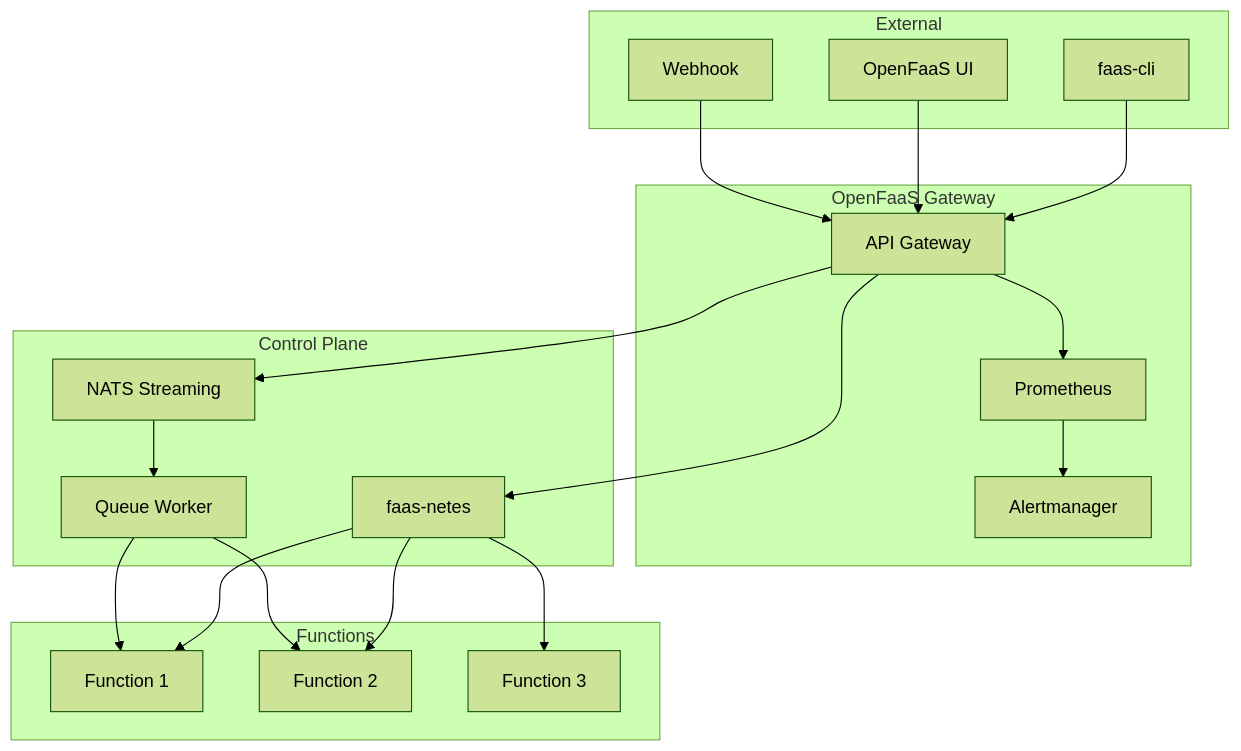
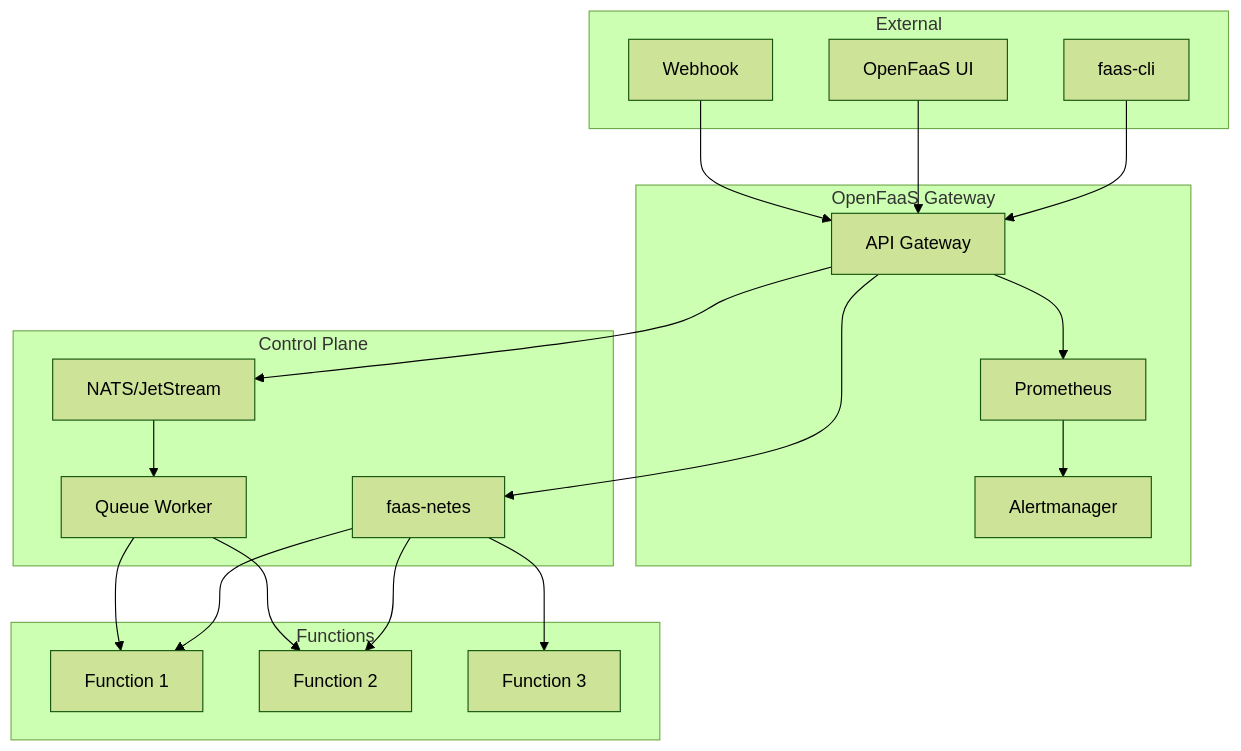
Before and after one commit to OneUptime/blog: the diagram in posts/2026-01-17-helm-openfaas-serverless-deployment/README.md, drawn with Mermaid (forest theme). The commit also changed other lines of this file and 2 other files, not shown here.

````diff
--- a/posts/2026-01-17-helm-openfaas-serverless-deployment/README.md
+++ b/posts/2026-01-17-helm-openfaas-serverless-deployment/README.md
@@ -13,44 +13,44 @@
 ```mermaid
 flowchart TB
   subgraph "OpenFaaS Gateway"
     gateway[API Gateway]
     prometheus[Prometheus]
     alertmanager[Alertmanager]
   end
   
   subgraph "Control Plane"
     faas_netes[faas-netes]
     queue_worker[Queue Worker]
-    nats[NATS Streaming]
+    nats[NATS/JetStream]
   end
   
   subgraph "Functions"
     fn1[Function 1]
     fn2[Function 2]
     fn3[Function 3]
   end
   
   subgraph "External"
     cli[faas-cli]
     ui[OpenFaaS UI]
     webhook[Webhook]
   end
   
   cli --> gateway
   ui --> gateway
   webhook --> gateway
   
   gateway --> faas_netes
   gateway --> prometheus
   
   faas_netes --> fn1
   faas_netes --> fn2
   faas_netes --> fn3
   
   gateway --> nats
   nats --> queue_worker
   queue_worker --> fn1
   queue_worker --> fn2
   
   prometheus --> alertmanager
 ```
````
